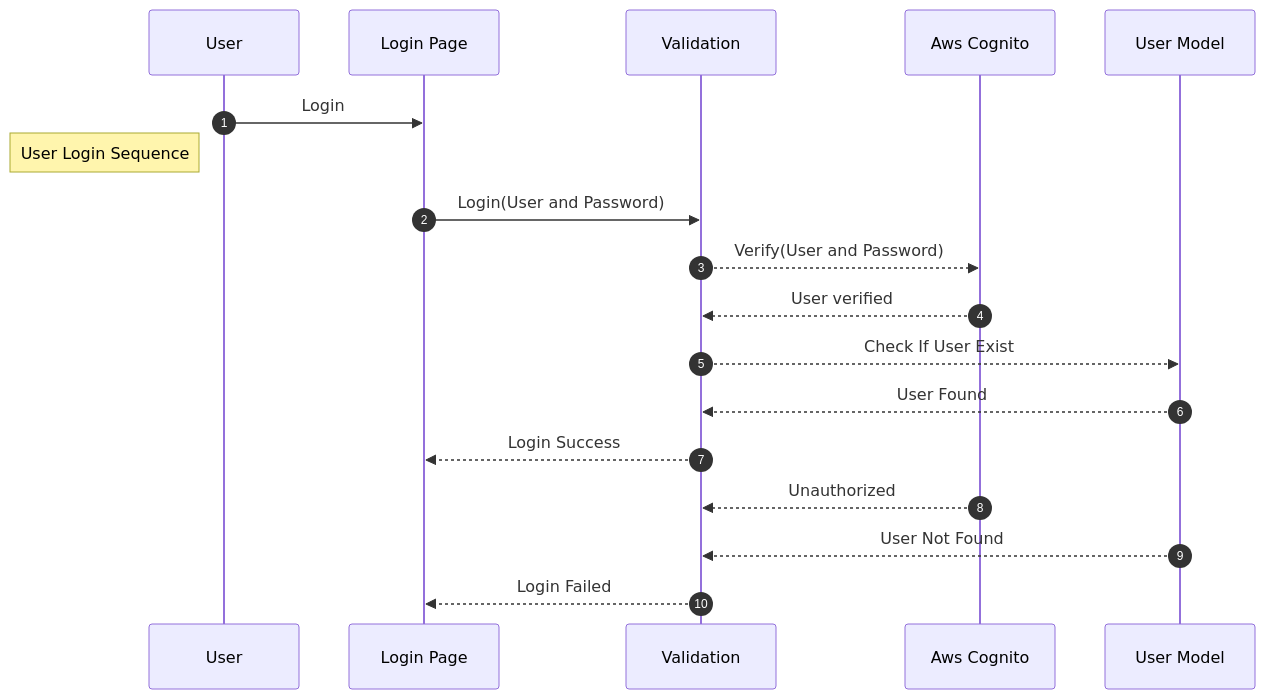
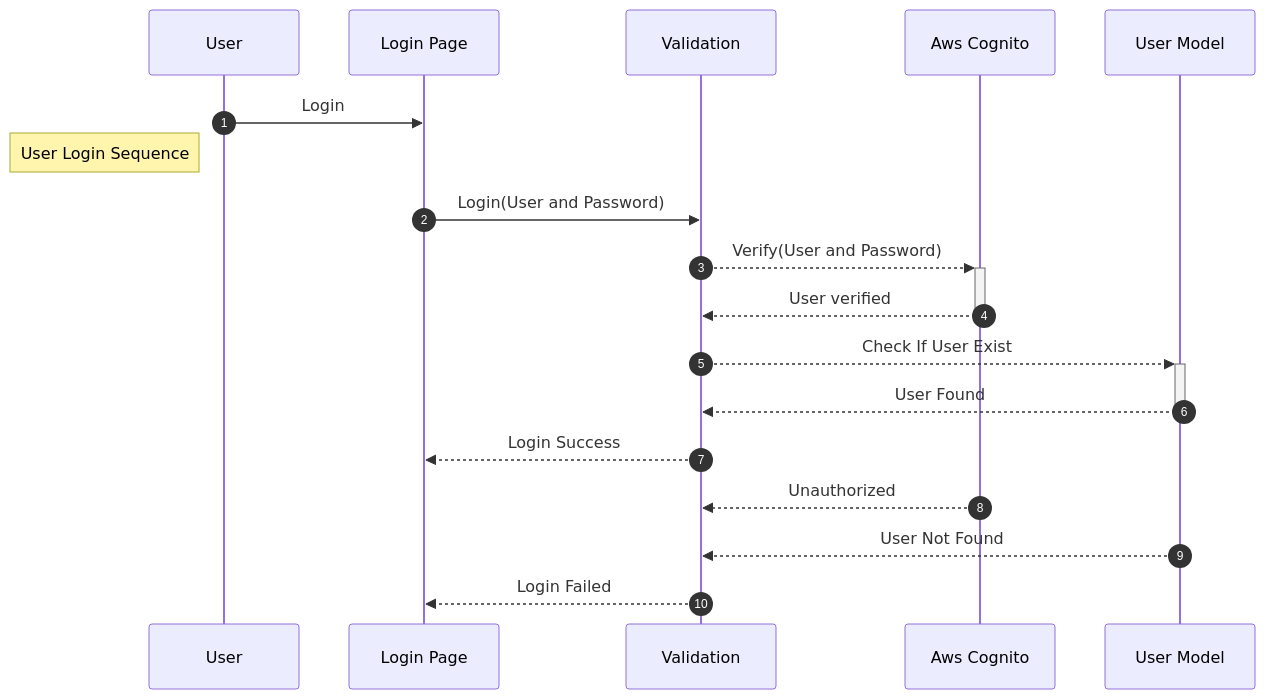
Before and after one commit to qxduddes/factory-sdd: the fourth of 6 diagrams in readme.md, drawn with Mermaid. The commit also changed other lines of this file, not shown here.

Commit message:
add factory setup sequence

````diff
--- a/readme.md
+++ b/readme.md
@@ -82,15 +82,15 @@
 ``` mermaid
     sequenceDiagram
     autonumber
     User->>Login Page: Login;
     Note left of User: User Login Sequence;
     Login Page->>Validation: Login(User and Password);
-    Validation-->>Aws Cognito:Verify(User and Password);
-    Aws Cognito-->>Validation:User verified;
-    Validation-->>User Model: Check If User Exist;
-    User Model-->>Validation:User Found;
+    Validation-->>+Aws Cognito:Verify(User and Password);
+    Aws Cognito-->>-Validation:User verified;
+    Validation-->>+User Model: Check If User Exist;
+    User Model-->>-Validation:User Found;
     Validation-->>Login Page:Login Success;
     Aws Cognito-->>Validation:Unauthorized;
     User Model-->>Validation:User Not Found;
     Validation-->>Login Page: Login Failed;
 ```
````
